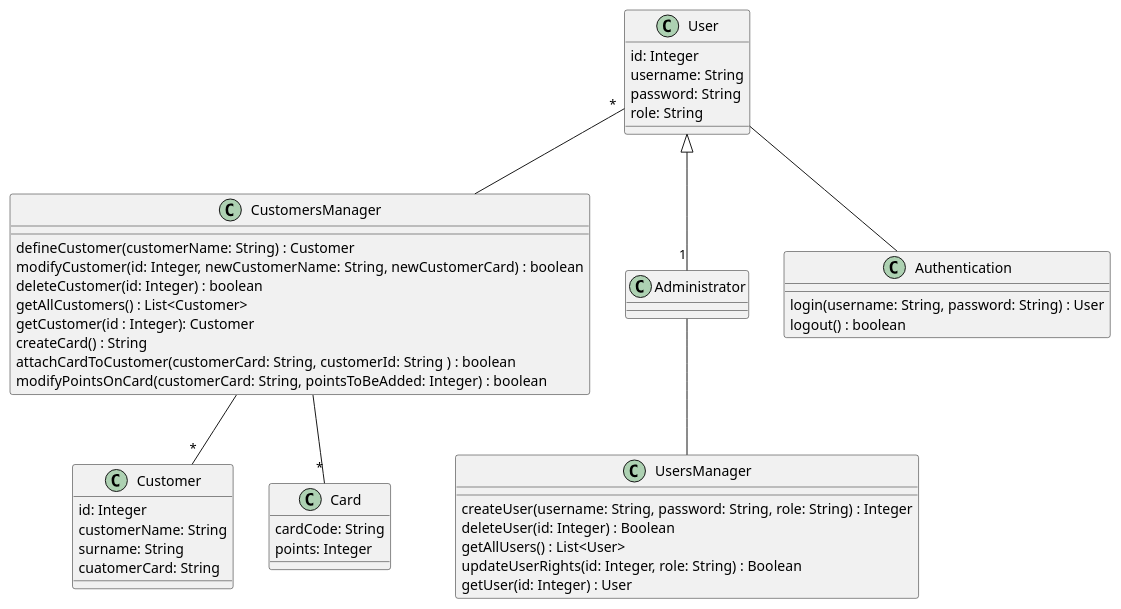
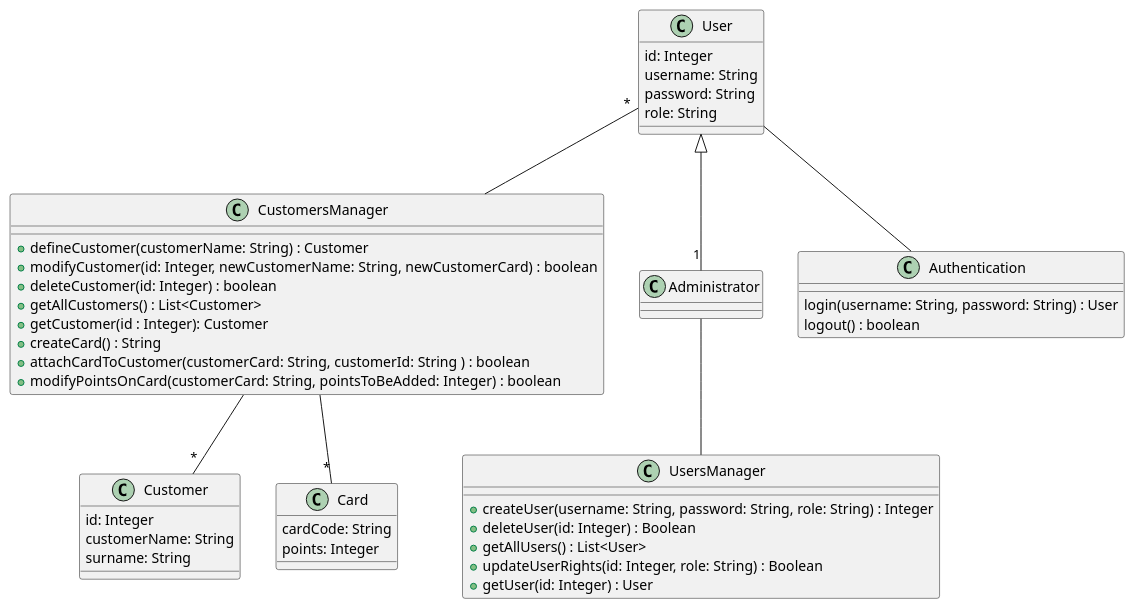
Before and after one commit to nicolabattaglino/ezshop: the second of 3 diagrams in Deliverables/DesignDocument.md, drawn with PlantUML. The commit also changed other lines of this file and 1 other file, not shown here.

Commit message:
updated prdouct and customers part

````diff
--- a/Deliverables/DesignDocument.md
+++ b/Deliverables/DesignDocument.md
@@ -187,68 +306,67 @@
 ```plantuml
 @startuml
 
 class UsersManager{
-    createUser(username: String, password: String, role: String) : Integer
-    deleteUser(id: Integer) : Boolean
-    getAllUsers() : List<User>
-    updateUserRights(id: Integer, role: String) : Boolean
-    getUser(id: Integer) : User
+    +createUser(username: String, password: String, role: String) : Integer
+    +deleteUser(id: Integer) : Boolean
+    +getAllUsers() : List<User>
+    +updateUserRights(id: Integer, role: String) : Boolean
+    +getUser(id: Integer) : User
 
 }
 
 class CustomersManager {
   
-    defineCustomer(customerName: String) : Customer
-    modifyCustomer(id: Integer, newCustomerName: String, newCustomerCard) : boolean
-    deleteCustomer(id: Integer) : boolean
-    getAllCustomers() : List<Customer>
-    getCustomer(id : Integer): Customer
-    createCard() : String
-    attachCardToCustomer(customerCard: String, customerId: String ) : boolean
-    modifyPointsOnCard(customerCard: String, pointsToBeAdded: Integer) : boolean
+    +defineCustomer(customerName: String) : Customer
+    +modifyCustomer(id: Integer, newCustomerName: String, newCustomerCard) : boolean
+    +deleteCustomer(id: Integer) : boolean
+    +getAllCustomers() : List<Customer>
+    +getCustomer(id : Integer): Customer
+    +createCard() : String
+    +attachCardToCustomer(customerCard: String, customerId: String ) : boolean
+    +modifyPointsOnCard(customerCard: String, pointsToBeAdded: Integer) : boolean
 }
 
 
 class User {
     id: Integer
     username: String
     password: String
     role: String
 
 }
 
 class Administrator {
     
     
 }
 
 class Customer {
     id: Integer
     customerName: String
     surname: String
-    cuatomerCard: String
    
     
     
 }
 
 class Card {
     cardCode: String
     points: Integer
  
 }
 
 class Authentication {
     login(username: String, password: String) : User
     logout() : boolean
 }
 
 Administrator -- UsersManager
 User <|-- "1" Administrator
 CustomersManager -- "*" Customer
 User "*" -- CustomersManager
 CustomersManager -- "*" Card
 User -- Authentication
 @enduml
 
 ```
````
